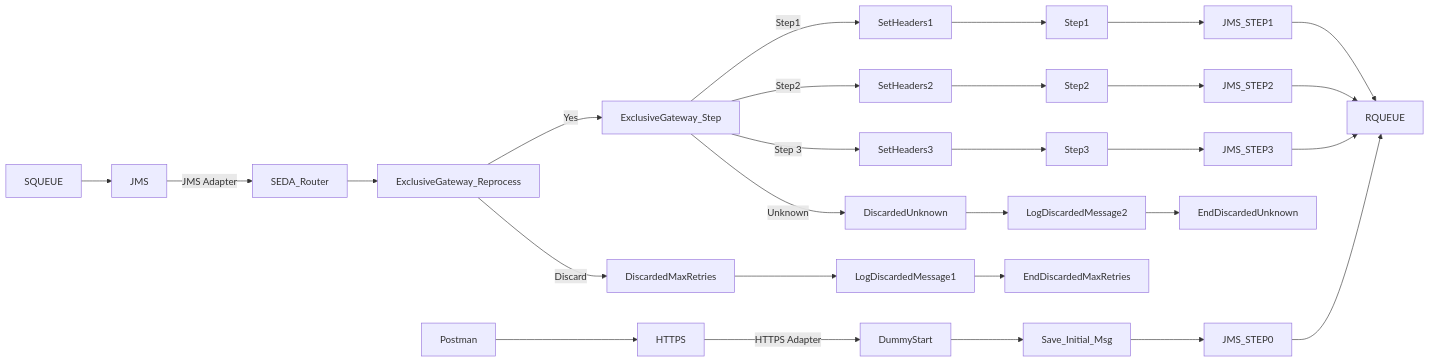
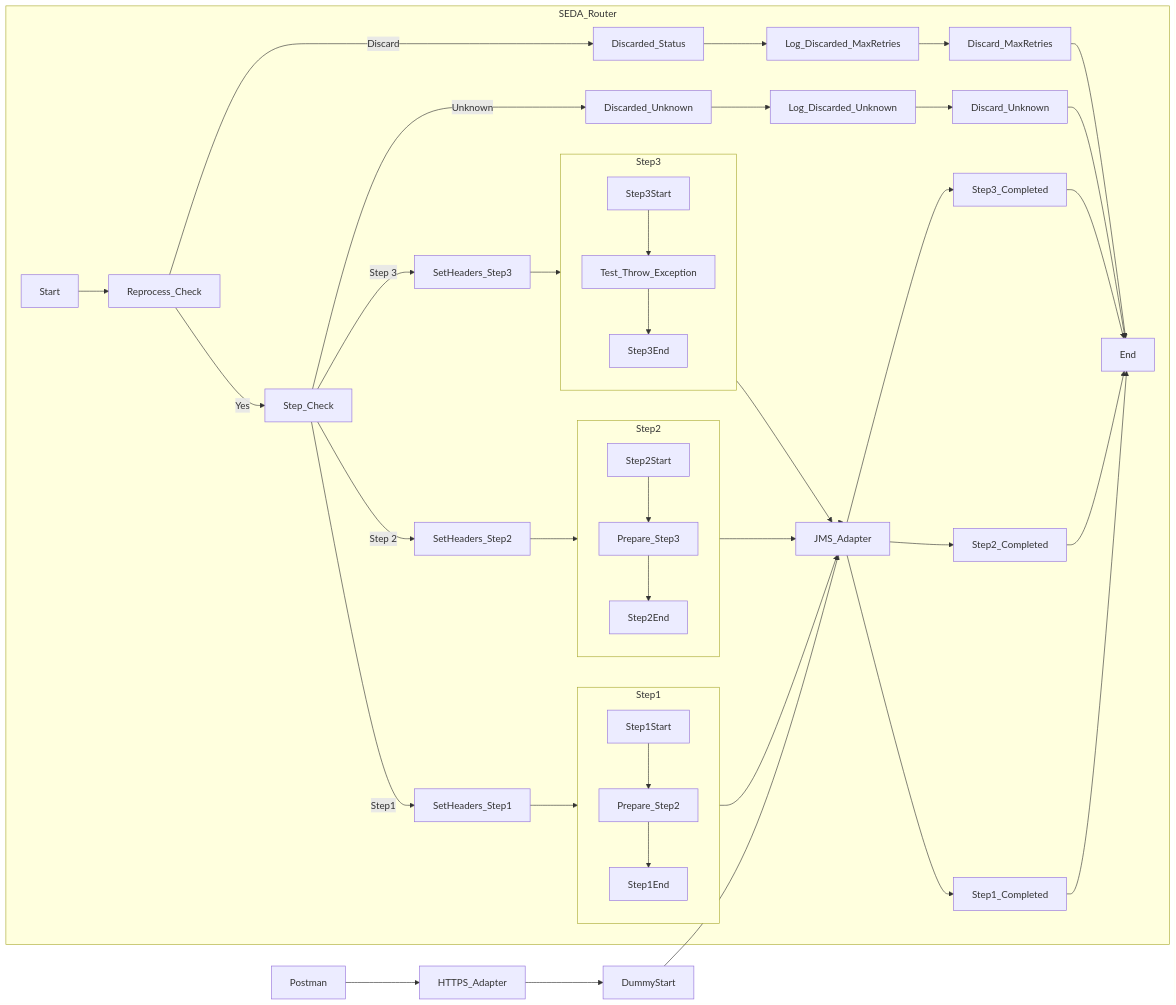
One commit to Avvale-IA-CICD/AvvaleCPI changed the diagram in MMZ - Cell Iflows/SEDA_Model_-_Single_Queue_-_Restart_and_Discard_MMZ-1.0.1/readme.md. Above: the diagram before and after it, drawn with Mermaid. The commit also changed other lines of this file, not shown here.

Commit message:
Add/update documentation for SEDA_Model_-_Single_Queue_-_Restart_and_Discard_MMZ v1.0.1

````diff
--- a/MMZ - Cell Iflows/SEDA_Model_-_Single_Queue_-_Restart_and_Discard_MMZ-1.0.1/readme.md
+++ b/MMZ - Cell Iflows/SEDA_Model_-_Single_Queue_-_Restart_and_Discard_MMZ-1.0.1/readme.md
@@ -5,32 +4,46 @@
 ```mermaid
 graph LR
-    Postman --> HTTPS -- HTTPS Adapter --> DummyStart
-    SQUEUE --> JMS -- JMS Adapter --> SEDA_Router
-    SEDA_Router --> ExclusiveGateway_Reprocess
-    ExclusiveGateway_Reprocess -- Yes --> ExclusiveGateway_Step
-    ExclusiveGateway_Reprocess -- Discard --> DiscardedMaxRetries
-    ExclusiveGateway_Step -- Step1 --> SetHeaders1
-    ExclusiveGateway_Step -- Step2 --> SetHeaders2
-    ExclusiveGateway_Step -- Step 3 --> SetHeaders3
-    ExclusiveGateway_Step -- Unknown --> DiscardedUnknown
+    Postman --> HTTPS_Adapter --> DummyStart
+    DummyStart --> JMS_Adapter --> SEDA_Router
 
-    SetHeaders1 --> Step1
-    SetHeaders2 --> Step2
-    SetHeaders3 --> Step3
+    subgraph SEDA_Router
+    Start --> Reprocess_Check
+    Reprocess_Check -- Yes --> Step_Check
+    Reprocess_Check -- Discard --> Discarded_Status
+    Step_Check -- Step1 --> SetHeaders_Step1
+    Step_Check -- Step 2 --> SetHeaders_Step2
+    Step_Check -- Step 3 --> SetHeaders_Step3
+    Step_Check -- Unknown --> Discarded_Unknown
+    SetHeaders_Step1 --> Step1
+    SetHeaders_Step2 --> Step2
+    SetHeaders_Step3 --> Step3
+    Step1 --> JMS_Adapter --> Step1_Completed
+    Step2 --> JMS_Adapter --> Step2_Completed
+    Step3 --> JMS_Adapter --> Step3_Completed
+    Step1_Completed --> End
+    Step2_Completed --> End
+    Step3_Completed --> End
+    Discarded_Unknown --> Log_Discarded_Unknown
+    Discarded_Status --> Log_Discarded_MaxRetries
+    Log_Discarded_Unknown --> Discard_Unknown
+    Log_Discarded_MaxRetries --> Discard_MaxRetries
+    end
 
-    Step1 --> JMS_STEP1
-    Step2 --> JMS_STEP2
-    Step3 --> JMS_STEP3
-    JMS_STEP1 --> RQUEUE
-    JMS_STEP2 --> RQUEUE
-    JMS_STEP3 --> RQUEUE
+    Discard_MaxRetries --> End
+    Discard_Unknown --> End
 
-    DiscardedMaxRetries --> LogDiscardedMessage1
-    DiscardedUnknown --> LogDiscardedMessage2
-    LogDiscardedMessage1 --> EndDiscardedMaxRetries
-    LogDiscardedMessage2 --> EndDiscardedUnknown
+    subgraph Step1
+    Step1Start --> Prepare_Step2
+    Prepare_Step2 --> Step1End
+    end
 
-    DummyStart --> Save_Initial_Msg
-    Save_Initial_Msg --> JMS_STEP0
-    JMS_STEP0 --> RQUEUE
+     subgraph Step2
+    Step2Start --> Prepare_Step3
+    Prepare_Step3 --> Step2End
+    end
+
+     subgraph Step3
+    Step3Start --> Test_Throw_Exception
+    Test_Throw_Exception --> Step3End
+    end
 ```
````
